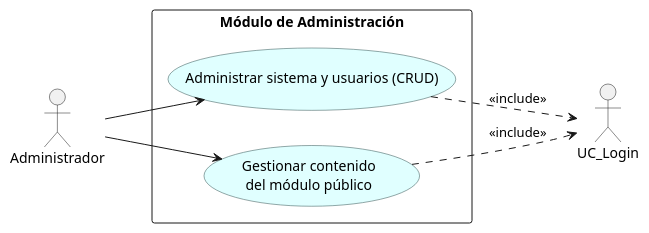
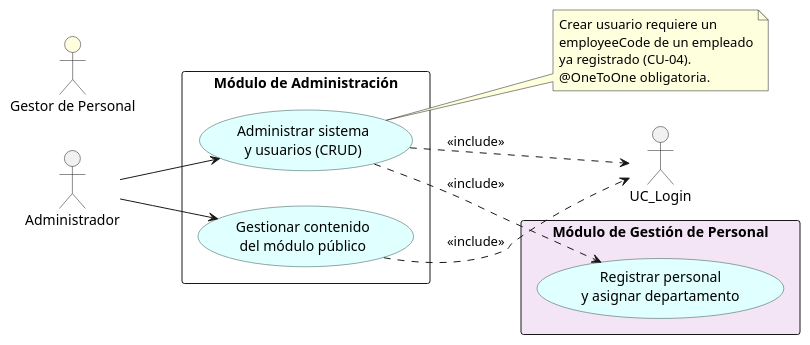
The diagram in docs/diagramas/casos_uso/03_modulo_administracion.puml (ElianMMCode/Zone-Control), drawn with PlantUML before and after one commit. The commit also changed 4 other files, not shown here.

First line of the commit message:
docs(admin): document Employee→User dependency in diagrams and HU-05

```diff
--- a/docs/diagramas/casos_uso/03_modulo_administracion.puml
+++ b/docs/diagramas/casos_uso/03_modulo_administracion.puml
@@ -1,21 +1,34 @@
 @startuml
 skinparam usecase {
     BackgroundColor LightCyan
     BorderColor DarkSlateGray
 }
 skinparam packageStyle rectangle
 left to right direction
 
 actor "Administrador" as Admin
+actor "Gestor de Personal" as Gestor #LightYellow
 
 package "Módulo de Administración" {
-    usecase "Administrar sistema y usuarios (CRUD)" as UC_Admin1
+    usecase "Administrar sistema\ny usuarios (CRUD)" as UC_Admin1
     usecase "Gestionar contenido\ndel módulo público" as UC_Admin2
+}
+
+package "Módulo de Gestión de Personal" as Gestion #F3E5F5 {
+    usecase "Registrar personal\ny asignar departamento" as UC_RegPersonal
 }
 
 Admin --> UC_Admin1
 Admin --> UC_Admin2
 UC_Admin1 ..> UC_Login : <<include>>
 UC_Admin2 ..> UC_Login : <<include>>
+UC_Admin1 ..> UC_RegPersonal : <<include>>
+
+note right of UC_Admin1
+  Crear usuario requiere un
+  employeeCode de un empleado
+  ya registrado (CU-04).
+  @OneToOne obligatoria.
+end note
 
 @enduml
```
